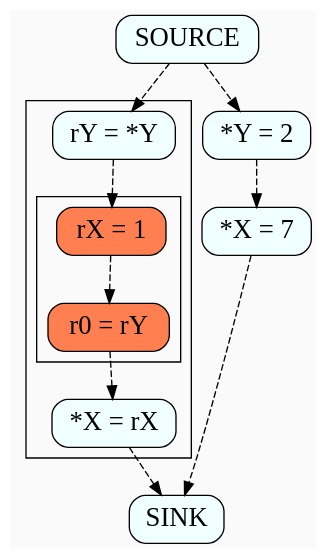
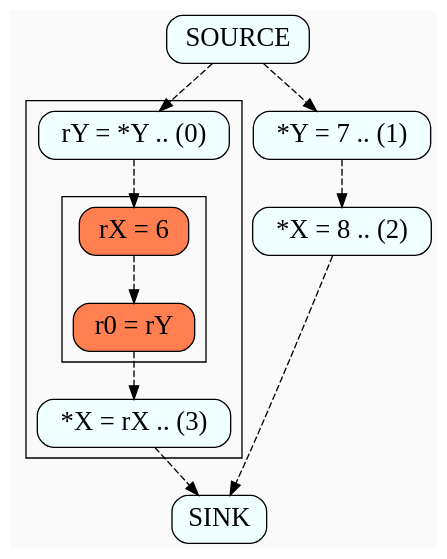
One commit to sanjoy/auto-clustering-presentation changed the diagram in resource-var-c.dot. Above: the diagram before and after it, drawn with Graphviz. The commit also changed 14 other files, not shown here.

```diff
--- a/resource-var-c.dot
+++ b/resource-var-c.dot
@@ -1,27 +1,27 @@
 digraph {
   graph[bgcolor=gray98,compound=true]
   node[fontsize=20,shape=box,fillcolor=azure, style="filled,rounded"]
 
   subgraph cluster_1 {
-    Prologue[label="rY = *Y"]
-    Epilogue[label="*X = rX"]
+    Prologue[label="rY = *Y .. (0)"]
+    Epilogue[label="*X = rX .. (3)"]
     subgraph cluster_0 {
       node[fillcolor=coral]
-      StoreX1[label="rX = 1"]
+      StoreX6[label="rX = 6"]
       LoadY[label="r0 = rY"]
     }
   }
 
-  StoreX7[label="*X = 7"]
-  StoreY[label="*Y = 2"]
+  StoreY[label="*Y = 7 .. (1)"]
+  StoreX7[label="*X = 8 .. (2)"]
 
   SOURCE -> Prologue[style=dashed]
-  Prologue -> StoreX1[style=dashed]
-  StoreX1 -> LoadY[style=dashed]
+  Prologue -> StoreX6[style=dashed]
+  StoreX6 -> LoadY[style=dashed]
   LoadY -> Epilogue[style=dashed]
   Epilogue -> SINK[style=dashed]
 
   SOURCE -> StoreY[style=dashed]
   StoreY -> StoreX7[style=dashed]
   StoreX7 -> SINK[style=dashed]
 }
```
